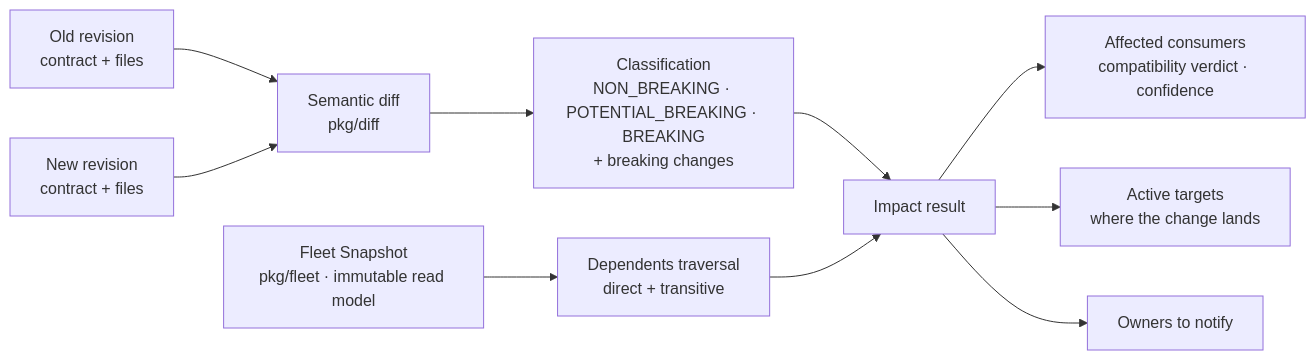
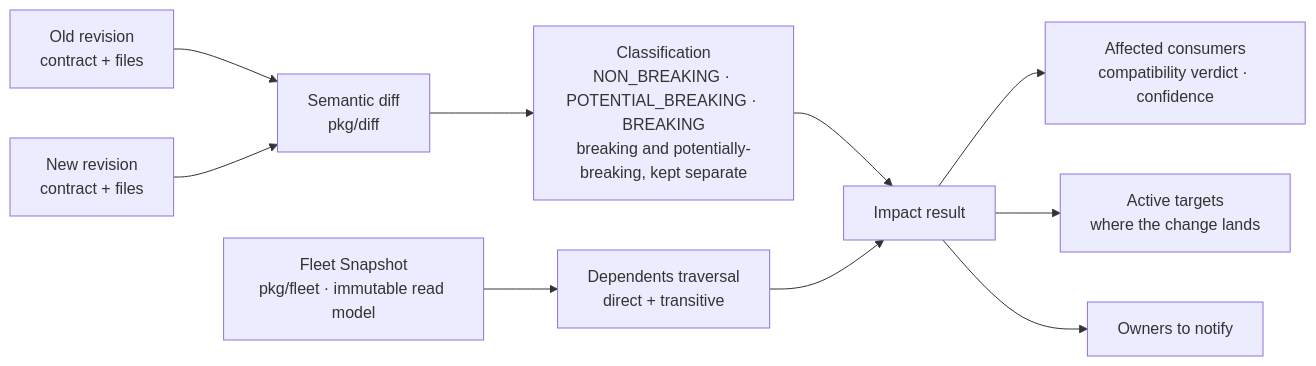
One commit to TrianaLab/pacto changed the diagram in docs/impact.md. Above: the diagram before and after it, drawn with Mermaid. The commit also changed other lines of this file and 7 other files, not shown here.

````diff
--- a/docs/impact.md
+++ b/docs/impact.md
@@ -18,14 +18,14 @@
 ```mermaid
 flowchart LR
     OLD["Old revision<br/>contract + files"] --> DIFF["Semantic diff<br/>pkg/diff"]
     NEW["New revision<br/>contract + files"] --> DIFF
-    DIFF --> CLASS["Classification<br/>NON_BREAKING · POTENTIAL_BREAKING · BREAKING<br/>+ breaking changes"]
+    DIFF --> CLASS["Classification<br/>NON_BREAKING · POTENTIAL_BREAKING · BREAKING<br/>breaking and potentially-breaking, kept separate"]
 
     SNAP["Fleet Snapshot<br/>pkg/fleet · immutable read model"] --> GRAPH["Dependents traversal<br/>direct + transitive"]
 
     CLASS --> IMPACT["Impact result"]
     GRAPH --> IMPACT
     IMPACT --> CONS["Affected consumers<br/>compatibility verdict · confidence"]
     IMPACT --> TARGETS["Active targets<br/>where the change lands"]
     IMPACT --> OWNERS["Owners to notify"]
 ```
````
